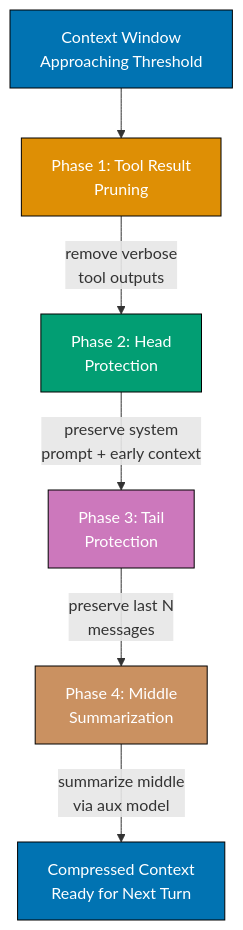
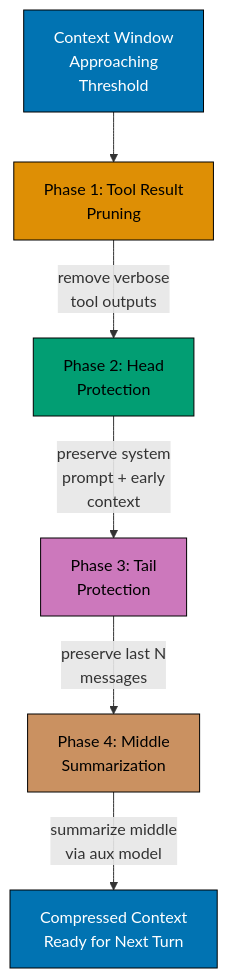
Before and after one commit to wahidyankf/ose-public: diagram 12 of 14 in apps/ayokoding-www/content/en/learn/legacy/artificial-intelligence/tools/hermes-agent/by-example/advanced.md, drawn with Mermaid. The commit also changed other lines of this file and 50 other files, not shown here.

First line of the commit message:
fix(mermaid): bring the docs, governance, plans, and legacy AI diagrams onto the accessible palette

````diff
--- a/apps/ayokoding-www/content/en/learn/legacy/artificial-intelligence/tools/hermes-agent/by-example/advanced.md
+++ b/apps/ayokoding-www/content/en/learn/legacy/artificial-intelligence/tools/hermes-agent/by-example/advanced.md
@@ -1851,23 +1937,31 @@
 ```mermaid
 %% Color Palette: Blue #0173B2, Orange #DE8F05, Teal #029E73, Purple #CC78BC, Brown #CA9161
 graph TD
-    A["Context Window<br/>Approaching Threshold"]
+    accTitle: Example 76: Context Compression
+    accDescr: Graph with 6 nodes and 5 connections. Nodes: Context Window Approaching Threshold, Phase 1: Tool Result Pruning, Phase 2: Head Protection, Phase 3: Tail Protection, Phase 4: Middle Summarization, Compressed Context Ready for Next Turn. Connections: Context Window Approaching Threshold to Phase 1: Tool Result Pruning, Phase 1: Tool Result Pruning to Phase 2: Head Protection (remove verbose tool outputs), Phase 2: Head Protection to Phase 3: Tail Protection (preserve system prompt + early context), Phase 3: Tail Protection to Phase 4: Middle Summarization (preserve last N messages), Phase 4: Middle Summarization to Compressed Context Ready for Next Turn (summarize middle via aux model).
+    A["Context Window<br/>Approaching<br/>Threshold"]
     B["Phase 1: Tool Result<br/>Pruning"]
     C["Phase 2: Head<br/>Protection"]
     D["Phase 3: Tail<br/>Protection"]
     E["Phase 4: Middle<br/>Summarization"]
     F["Compressed Context<br/>Ready for Next Turn"]
 
     A --> B
     B -->|"remove verbose<br/>tool outputs"| C
-    C -->|"preserve system<br/>prompt + early context"| D
+    C -->|"preserve system<br/>prompt + early<br/>context"| D
     D -->|"preserve last N<br/>messages"| E
     E -->|"summarize middle<br/>via aux model"| F
 
-    style A fill:#0173B2,stroke:#000,color:#fff
-    style B fill:#DE8F05,stroke:#000,color:#fff
-    style C fill:#029E73,stroke:#000,color:#fff
-    style D fill:#CC78BC,stroke:#000,color:#fff
-    style E fill:#CA9161,stroke:#000,color:#fff
-    style F fill:#0173B2,stroke:#000,color:#fff
+    classDef pal-0173B2 fill:#0173B2,stroke:#000000,color:#FFFFFF
+    class A pal-0173B2
+    classDef pal-DE8F05 fill:#DE8F05,stroke:#000000,color:#000000
+    class B pal-DE8F05
+    classDef pal-029E73 fill:#029E73,stroke:#000000,color:#000000
+    class C pal-029E73
+    classDef pal-CC78BC fill:#CC78BC,stroke:#000000,color:#000000
+    class D pal-CC78BC
+    classDef pal-CA9161 fill:#CA9161,stroke:#000000,color:#000000
+    class E pal-CA9161
+    class F pal-0173B2
+    classDef default fill:#FFFFFF,stroke:#000000,color:#000000
 ```
````
